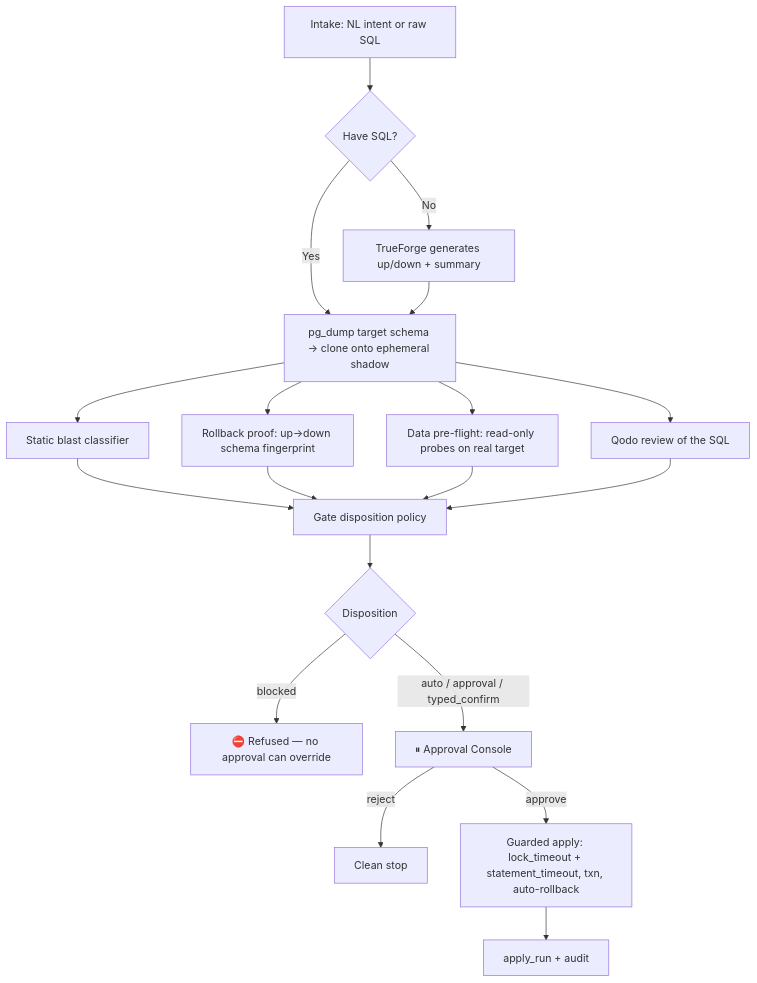
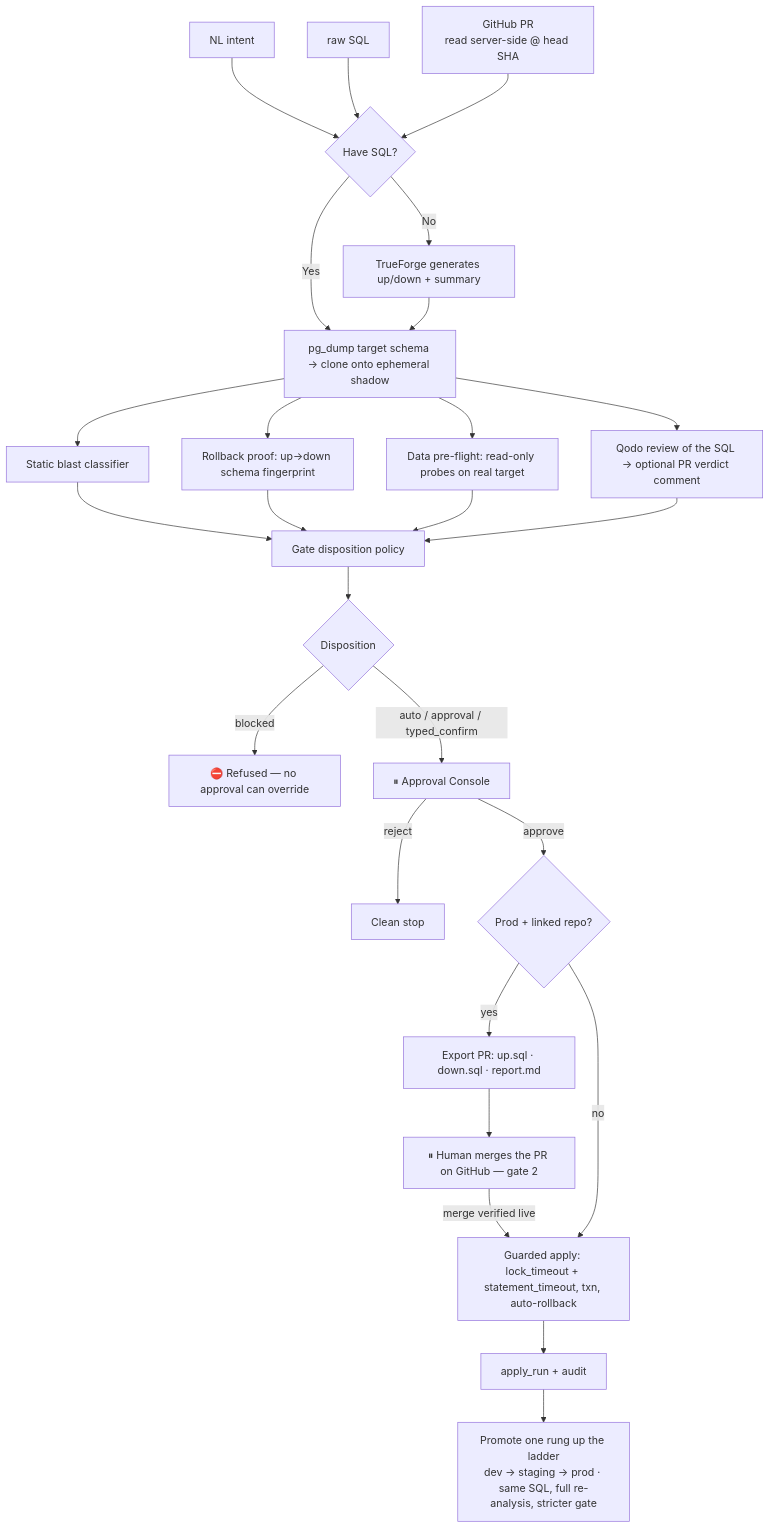
Before and after one commit to SamChawla/migration-sentinel: the first of 3 diagrams in README.md, drawn with Mermaid. The commit also changed other lines of this file and 2 other files, not shown here.

First line of the commit message:
docs: refresh diagrams for the GitOps architecture (GitHub intake, two-gate, ladder)

````diff
--- a/README.md
+++ b/README.md
@@ -83,18 +79,26 @@
 ```mermaid
 flowchart TD
-    A[Intake: NL intent or raw SQL] --> B{Have SQL?}
+    I1[NL intent] --> B
+    I2[raw SQL] --> B
+    I3[GitHub PR<br/>read server-side @ head SHA] --> B
+    B{Have SQL?}
     B -- No --> G[TrueForge generates up/down + summary]
     B -- Yes --> C
     G --> C[pg_dump target schema → clone onto ephemeral shadow]
     C --> D[Static blast classifier]
     C --> E[Rollback proof: up→down schema fingerprint]
     C --> F[Data pre-flight: read-only probes on real target]
-    C --> Q[Qodo review of the SQL]
+    C --> Q[Qodo review of the SQL → optional PR verdict comment]
     D & E & F & Q --> P[Gate disposition policy]
     P --> DIS{Disposition}
     DIS -- blocked --> X[⛔ Refused — no approval can override]
     DIS -- auto / approval / typed_confirm --> GATE[⏸ Approval Console]
     GATE -- reject --> STOP[Clean stop]
-    GATE -- approve --> APPLY[Guarded apply: lock_timeout + statement_timeout, txn, auto-rollback]
+    GATE -- approve --> PROD{Prod + linked repo?}
+    PROD -- yes --> EXP[Export PR: up.sql · down.sql · report.md]
+    EXP --> MERGE[⏸ Human merges the PR on GitHub — gate 2]
+    MERGE -- merge verified live --> APPLY
+    PROD -- no --> APPLY[Guarded apply: lock_timeout + statement_timeout, txn, auto-rollback]
     APPLY --> AUD[apply_run + audit]
+    AUD --> PROM[Promote one rung up the ladder<br/>dev → staging → prod · same SQL, full re-analysis, stricter gate]
 ```
````
